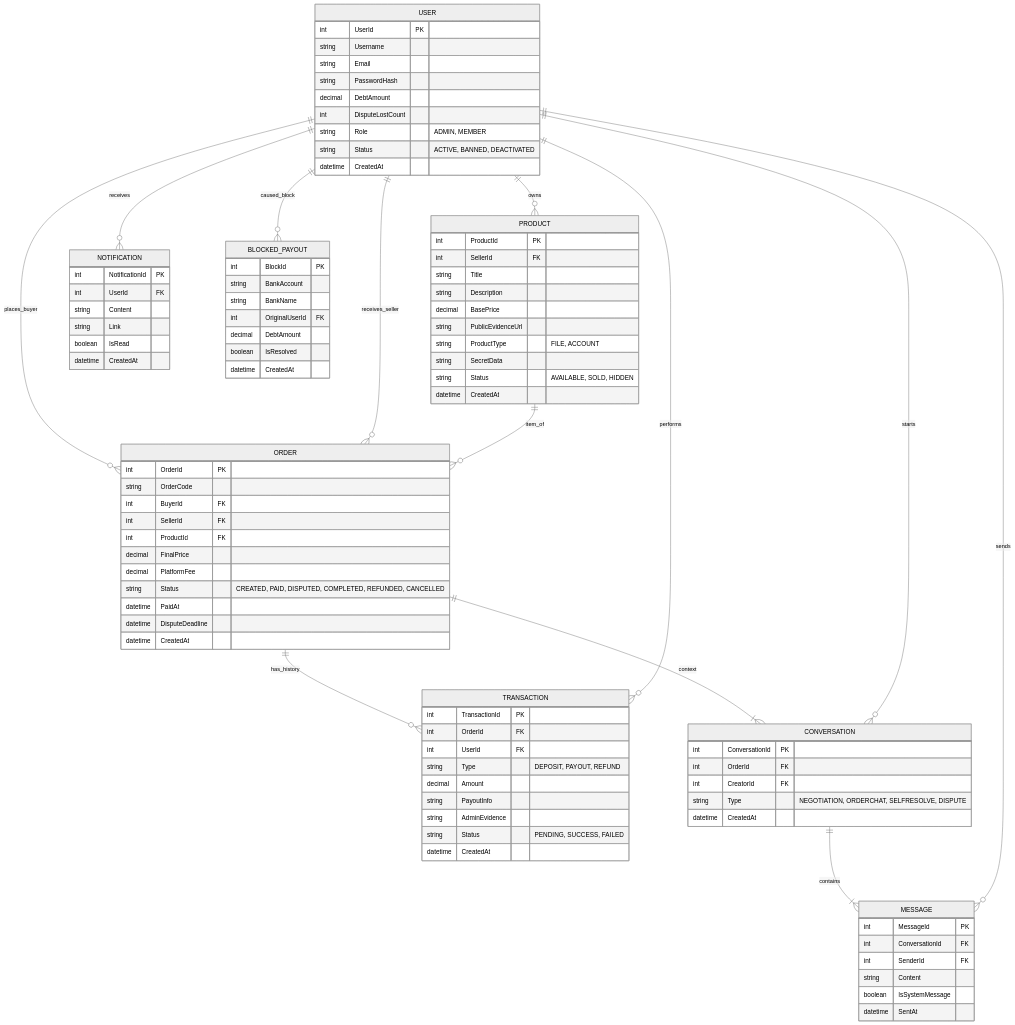
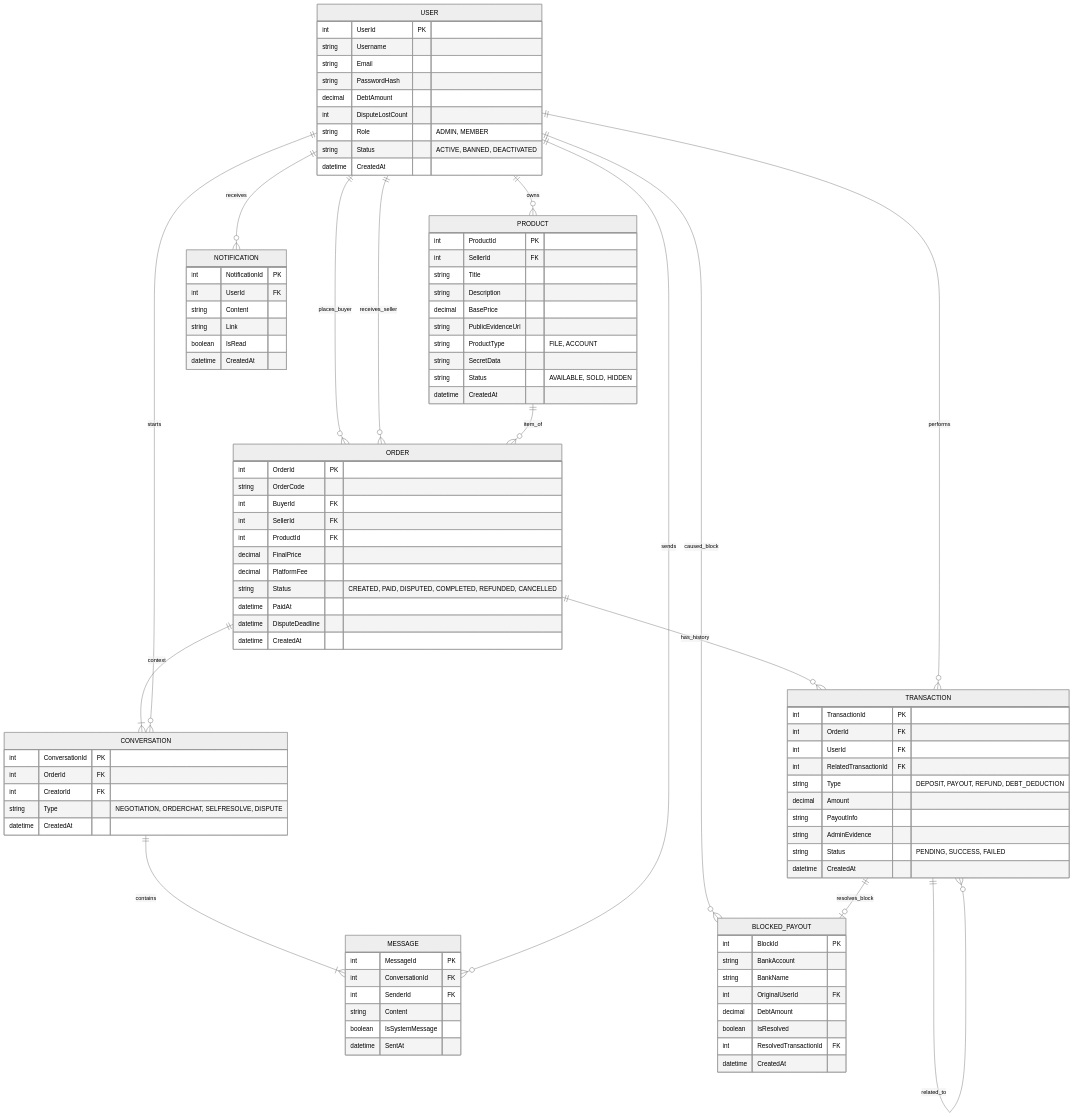
Before and after one commit to dominic2-2/Swaptem: the diagram in docs/diagrams/ERD_Logical.md, drawn with Mermaid (neutral theme).

Commit message:
Update TRANSACTION and USER relationships in ERD

````diff
--- a/docs/diagrams/ERD_Logical.md
+++ b/docs/diagrams/ERD_Logical.md
@@ -43,7 +43,8 @@
         int TransactionId PK
         int OrderId FK
         int UserId FK
-        string Type "DEPOSIT, PAYOUT, REFUND"
+        int RelatedTransactionId FK 
+        string Type "DEPOSIT, PAYOUT, REFUND, DEBT_DEDUCTION"
         decimal Amount
         string PayoutInfo
         string AdminEvidence
@@ -84,6 +85,7 @@
         int OriginalUserId FK
         decimal DebtAmount
         boolean IsResolved
+        int ResolvedTransactionId FK
         datetime CreatedAt
     }
 
@@ -105,6 +107,7 @@
 
     USER ||--o{ NOTIFICATION : receives
 
-    %% Quan hệ mới cho logic truy vết nợ
     USER ||--o{ BLOCKED_PAYOUT : caused_block
+    TRANSACTION ||--o| BLOCKED_PAYOUT : resolves_block
+    TRANSACTION ||--o{ TRANSACTION : "related_to"
 ```
````
